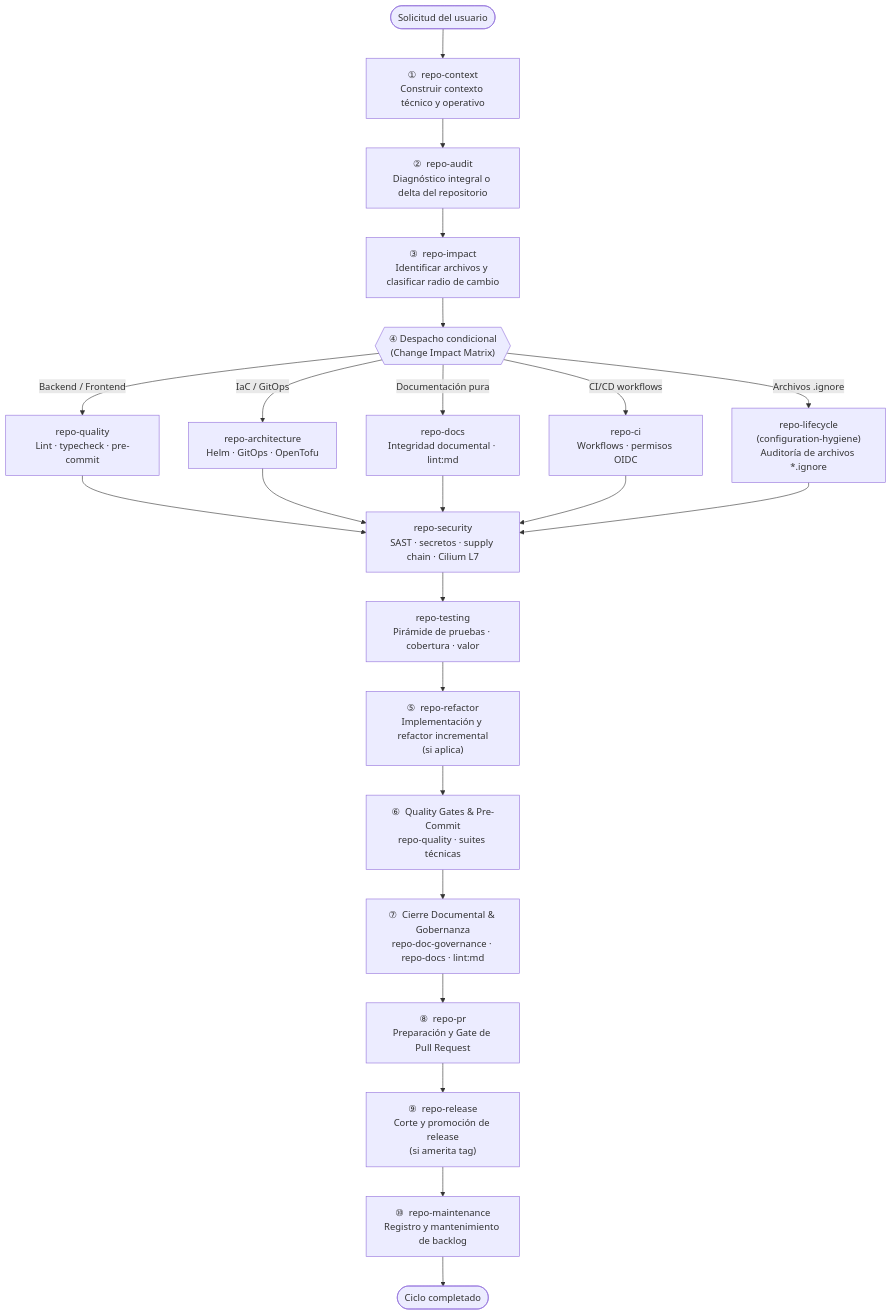
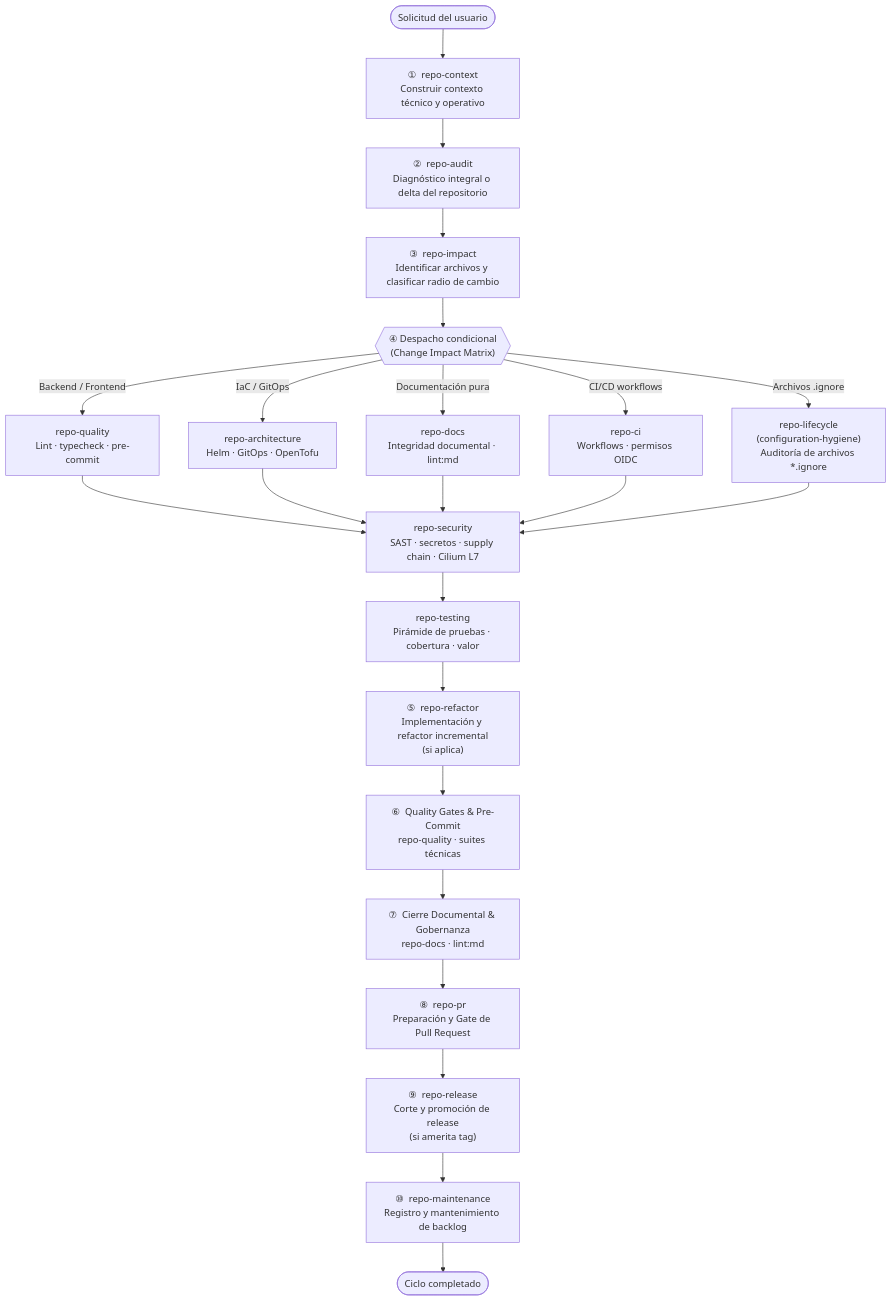
One commit to rocapellino/pokedex changed the first of 4 diagrams in .agents/README.md. Above: the diagram before and after it, drawn with Mermaid. The commit also changed other lines of this file and 28 other files, not shown here.

First line of the commit message:
﻿refactor(agents): consolidar repo-doc-governance en regla transversal y repo-docs (#431)

````diff
--- a/.agents/README.md
+++ b/.agents/README.md
@@ -56,53 +55,53 @@
 ```mermaid
 flowchart TD
     START([Solicitud del usuario]) --> CTX
 
     CTX["①  repo-context\nConstruir contexto técnico y operativo"]
     CTX --> AUDIT
 
     AUDIT["②  repo-audit\nDiagnóstico integral o delta del repositorio"]
     AUDIT --> IMPACT
 
     IMPACT["③  repo-impact\nIdentificar archivos y clasificar radio de cambio"]
     IMPACT --> DISPATCH
 
     DISPATCH{{"④  Despacho condicional\n(Change Impact Matrix)"}}
 
     DISPATCH -->|"Backend / Frontend"| QUALITY
     DISPATCH -->|"IaC / GitOps"| ARCH
     DISPATCH -->|"Documentación pura"| DOCS
     DISPATCH -->|"CI/CD workflows"| CI
     DISPATCH -->|"Archivos .ignore"| HYGIENE
 
     QUALITY["repo-quality\nLint · typecheck · pre-commit"]
     ARCH["repo-architecture\nHelm · GitOps · OpenTofu"]
     DOCS["repo-docs\nIntegridad documental · lint:md"]
     CI["repo-ci\nWorkflows · permisos OIDC"]
     HYGIENE["repo-lifecycle\n(configuration-hygiene)\nAuditoría de archivos *.ignore"]
 
     QUALITY & ARCH & DOCS & CI & HYGIENE --> SEC
 
     SEC["repo-security\nSAST · secretos · supply chain · Cilium L7"]
     SEC --> TEST
 
     TEST["repo-testing\nPirámide de pruebas · cobertura · valor"]
     TEST --> REFACTOR
 
     REFACTOR["⑤  repo-refactor\nImplementación y refactor incremental\n(si aplica)"]
     REFACTOR --> QGATE
 
     QGATE["⑥  Quality Gates & Pre-Commit\nrepo-quality · suites técnicas"]
     QGATE --> DOCGOV
 
-    DOCGOV["⑦  Cierre Documental & Gobernanza\nrepo-doc-governance · repo-docs · lint:md"]
+    DOCGOV["⑦  Cierre Documental & Gobernanza\nrepo-docs · lint:md"]
     DOCGOV --> PR
 
     PR["⑧  repo-pr\nPreparación y Gate de Pull Request"]
     PR --> RELEASE
 
     RELEASE["⑨  repo-release\nCorte y promoción de release\n(si amerita tag)"]
     RELEASE --> MAINT
 
     MAINT["⑩  repo-maintenance\nRegistro y mantenimiento de backlog"]
     MAINT --> END([Ciclo completado])
 ```
````
